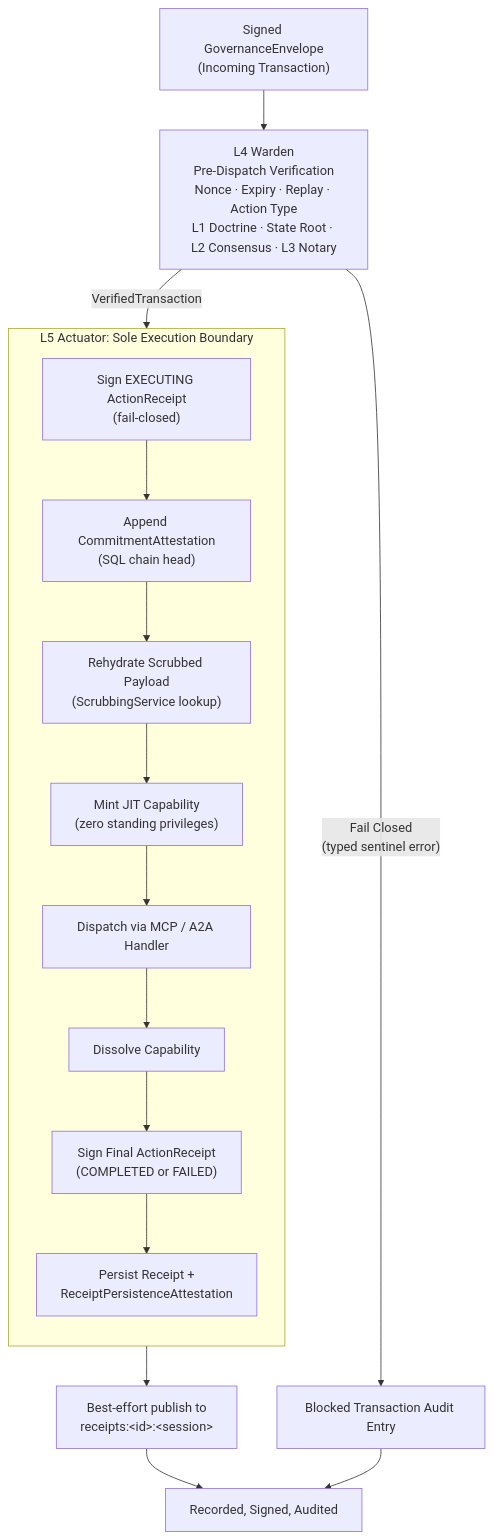
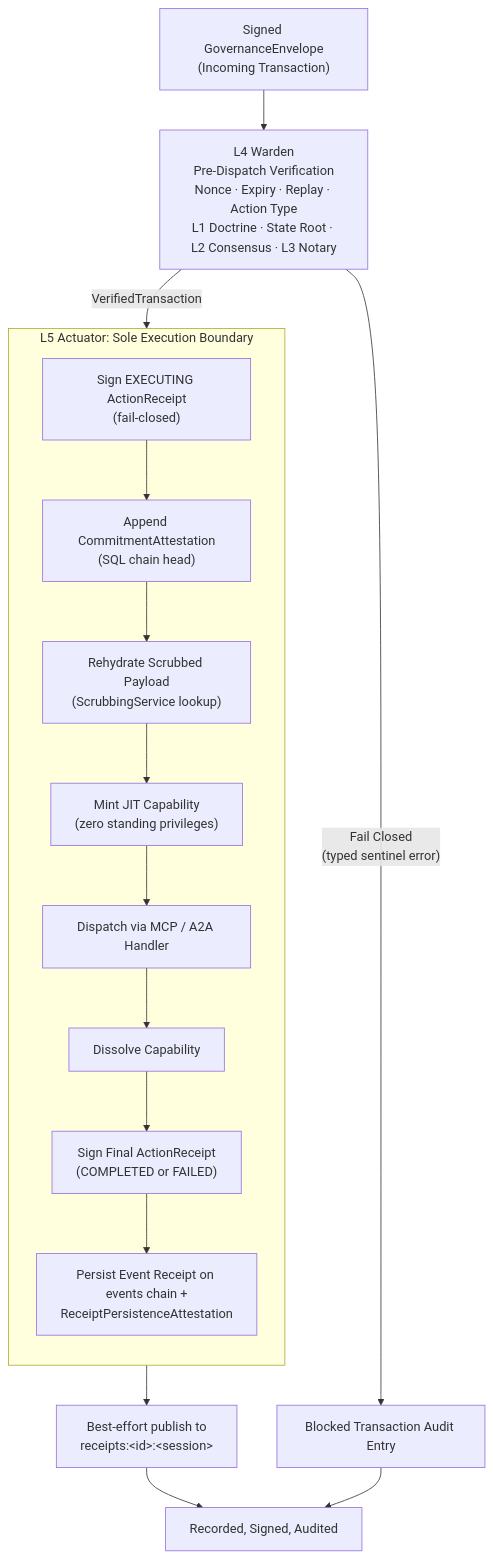
One commit to zerotrustdata/ztd changed the diagram in docs/diagrams/graph-operator-pipeline-l1-l5.md. Above: the diagram before and after it, drawn with Mermaid. The commit also changed other lines of this file and 708 other files, not shown here.

````diff
--- a/docs/diagrams/graph-operator-pipeline-l1-l5.md
+++ b/docs/diagrams/graph-operator-pipeline-l1-l5.md
@@ -27,27 +27,27 @@
 ```mermaid
 graph TD
     Start["Signed GovernanceEnvelope<br/>(Incoming Transaction)"]
 
     Warden["L4 Warden<br/>Pre-Dispatch Verification<br/>Nonce · Expiry · Replay · Action Type<br/>L1 Doctrine · State Root · L2 Consensus · L3 Notary"]
 
     subgraph L5Actuator ["L5 Actuator: Sole Execution Boundary"]
         direction TB
         PreReceipt["Sign EXECUTING ActionReceipt<br/>(fail-closed)"]
         Commit["Append CommitmentAttestation<br/>(SQL chain head)"]
         Rehydrate["Rehydrate Scrubbed Payload<br/>(ScrubbingService lookup)"]
         Cap["Mint JIT Capability<br/>(zero standing privileges)"]
         Exec["Dispatch via MCP / A2A Handler"]
         Dissolve["Dissolve Capability"]
         Receipt["Sign Final ActionReceipt<br/>(COMPLETED or FAILED)"]
-        AuditLog["Persist Receipt +<br/>ReceiptPersistenceAttestation"]
+        AuditLog["Persist Event Receipt on events chain +<br/>ReceiptPersistenceAttestation"]
 
         PreReceipt --> Commit --> Rehydrate --> Cap --> Exec --> Dissolve --> Receipt --> AuditLog
     end
 
     Start --> Warden
     Warden -- "VerifiedTransaction" --> PreReceipt
     Warden -- "Fail Closed<br/>(typed sentinel error)" --> BlockAudit["Blocked Transaction Audit Entry"]
     AuditLog --> Publish["Best-effort publish to<br/>receipts:&lt;id&gt;:&lt;session&gt;"]
     Publish --> Done["Recorded, Signed, Audited"]
     BlockAudit --> Done
 ```
````
